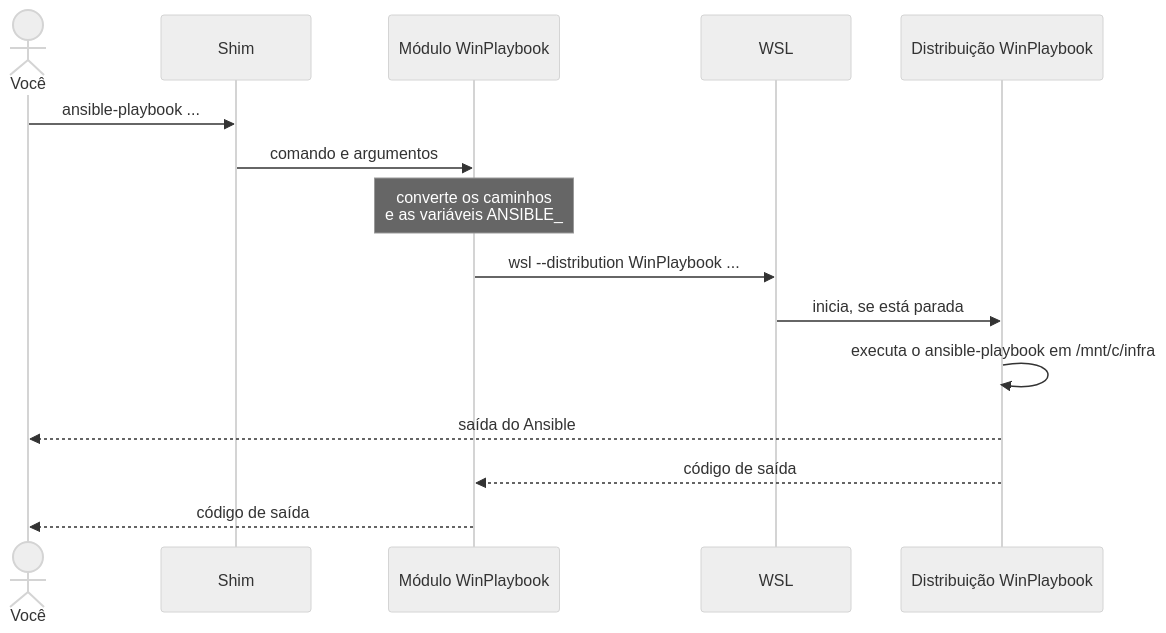
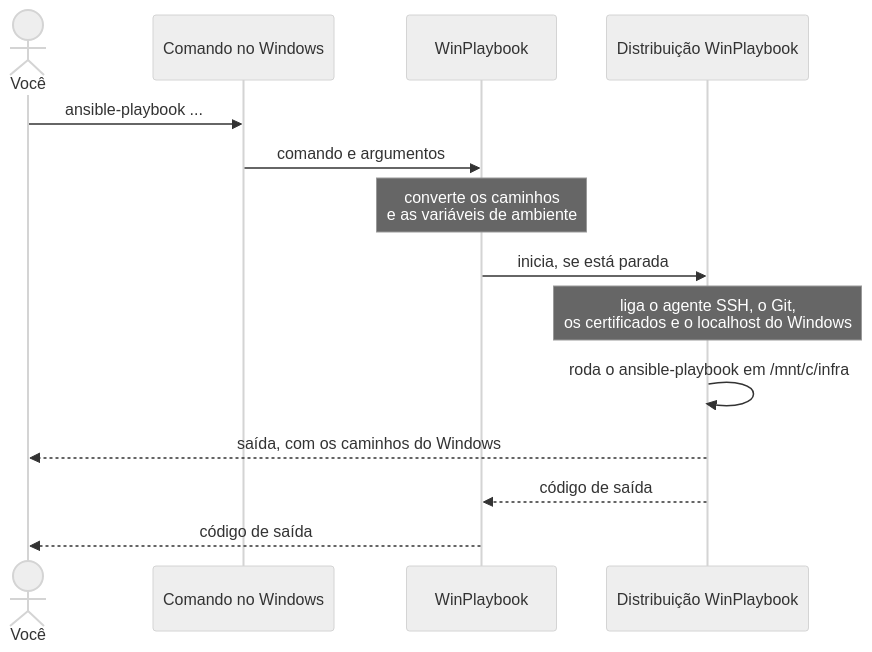
Before and after one commit to LeonardoSextare/WinPlaybook: the second of 2 diagrams in docs/pt-br/how-it-works.md, drawn with Mermaid (neutral theme). The commit also changed other lines of this file and 81 other files, not shown here.

````diff
--- a/docs/pt-br/how-it-works.md
+++ b/docs/pt-br/how-it-works.md
@@ -159,18 +85,17 @@
 ```mermaid
 sequenceDiagram
     actor user as Você
-    participant shim as Shim
-    participant module as Módulo WinPlaybook
-    participant wsl as WSL
+    participant shim as Comando no Windows
+    participant module as WinPlaybook
     participant distro as Distribuição WinPlaybook
 
     user->>shim: ansible-playbook ...
     shim->>module: comando e argumentos
-    Note over module: converte os caminhos<br/>e as variáveis ANSIBLE_
-    module->>wsl: wsl --distribution WinPlaybook ...
-    wsl->>distro: inicia, se está parada
-    distro->>distro: executa o ansible-playbook em /mnt/c/infra
-    distro-->>user: saída do Ansible
+    Note over module: converte os caminhos<br/>e as variáveis de ambiente
+    module->>distro: inicia, se está parada
+    Note over distro: liga o agente SSH, o Git,<br/>os certificados e o localhost do Windows
+    distro->>distro: roda o ansible-playbook em /mnt/c/infra
+    distro-->>user: saída, com os caminhos do Windows
     distro-->>module: código de saída
     module-->>user: código de saída
 ```
````
